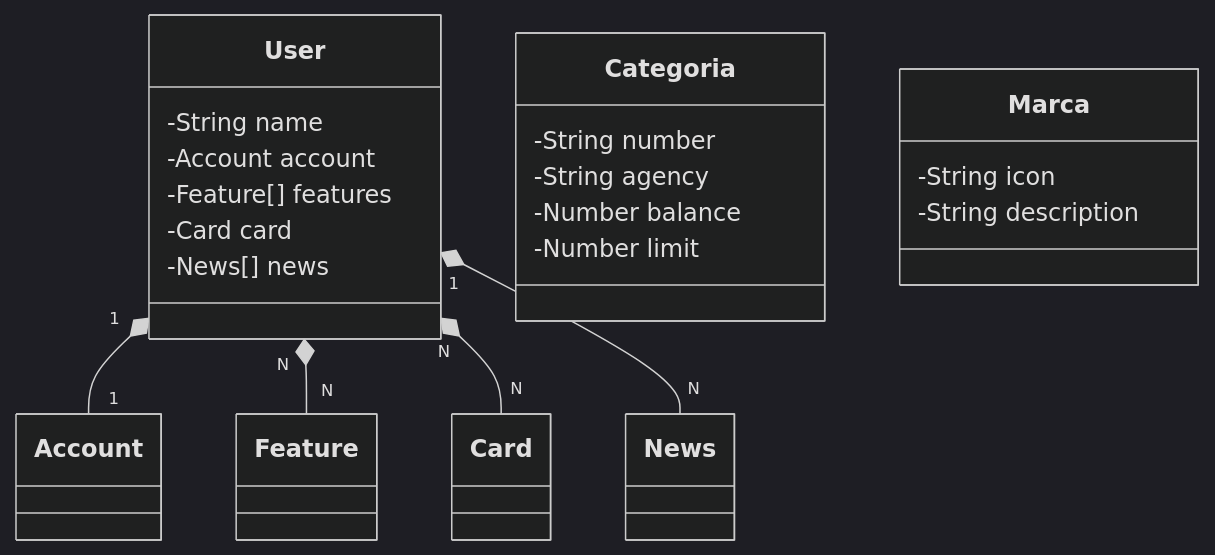
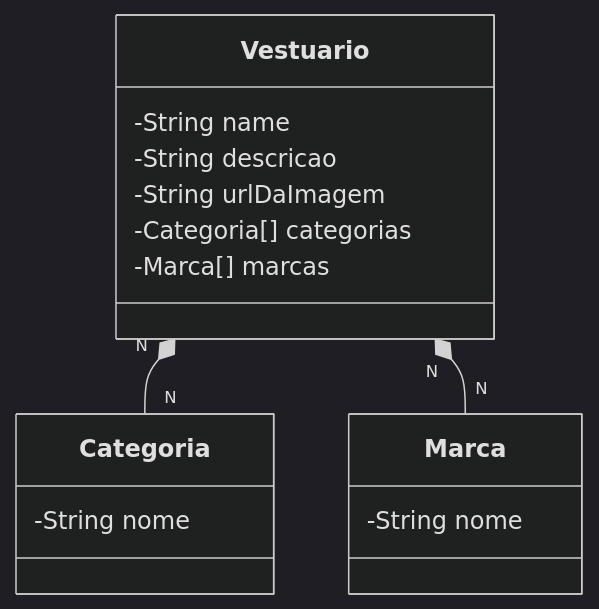
The diagram in README.md (MarcosSilva2021/catalogo_vestuario), drawn with Mermaid (dark theme) before and after one commit. The commit also changed other lines of this file, not shown here.

````diff
--- a/README.md
+++ b/README.md
@@ -16,32 +18,29 @@
 ```mermaid
 classDiagram
   
-class User {
+class Vestuario {
     -String name
-    -Account account
-    -Feature[] features
-    -Card card
-    -News[] news
+    -String descricao
+    -String urlDaImagem
+    -Categoria[] categorias
+    -Marca[] marcas
   }
 
   
 class Categoria {
-    -String number
-    -String agency
-    -Number balance
-    -Number limit
+    -String nome
+    
   }
 
   
 class Marca {
-    -String icon
-    -String description
+    -String nome
+    
   }
 
 
   
-User "1" *-- "1" Account
-  User "N" *-- "N" Feature
-  User "N" *-- "N" Card
-  User "1" *-- "N" News
+  Vestuario "N" *-- "N" Categoria
+  Vestuario "N" *-- "N" Marca
+  
 ```
````
